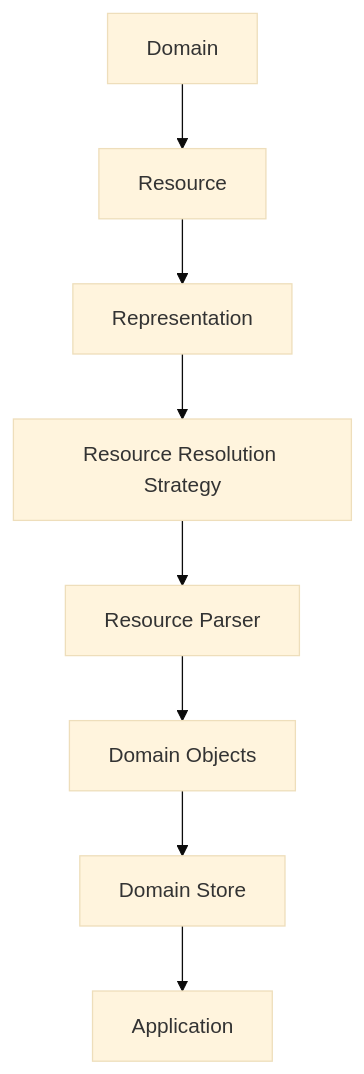
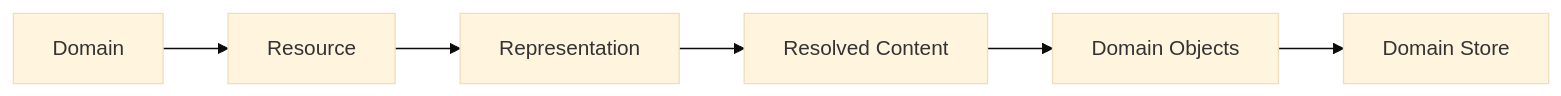
One commit to kjvonly/kjvonly.bible changed diagram 13 of 13 in docs/decisions/0002-domain-resource-model.md. Above: the diagram before and after it, drawn with Mermaid (base theme). The commit also changed other lines of this file, not shown here.

````diff
--- a/docs/decisions/0002-domain-resource-model.md
+++ b/docs/decisions/0002-domain-resource-model.md
@@ -1126,19 +847,15 @@
 ```mermaid
-flowchart TD
+flowchart LR
 
     DOMAIN["Domain"]
 
     DOMAIN --> RESOURCE["Resource"]
 
     RESOURCE --> REPRESENTATION["Representation"]
 
-    REPRESENTATION --> RESOLUTION["Resource Resolution Strategy"]
+    REPRESENTATION --> CONTENT["Resolved Content"]
 
-    RESOLUTION --> PARSER["Resource Parser"]
+    CONTENT --> OBJECTS["Domain Objects"]
 
-    PARSER --> OBJECTS["Domain Objects"]
-
-    OBJECTS --> STORAGE["Domain Store"]
-
-    STORAGE --> APP["Application"]
+    OBJECTS --> STORE["Domain Store"]
 ```
````
